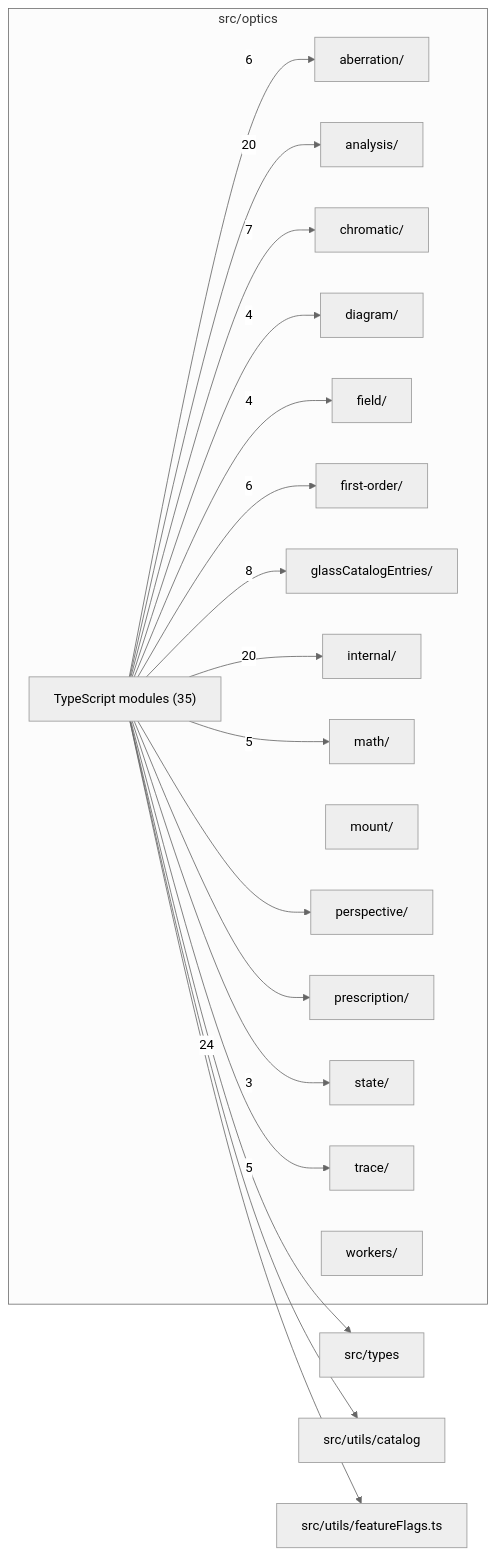
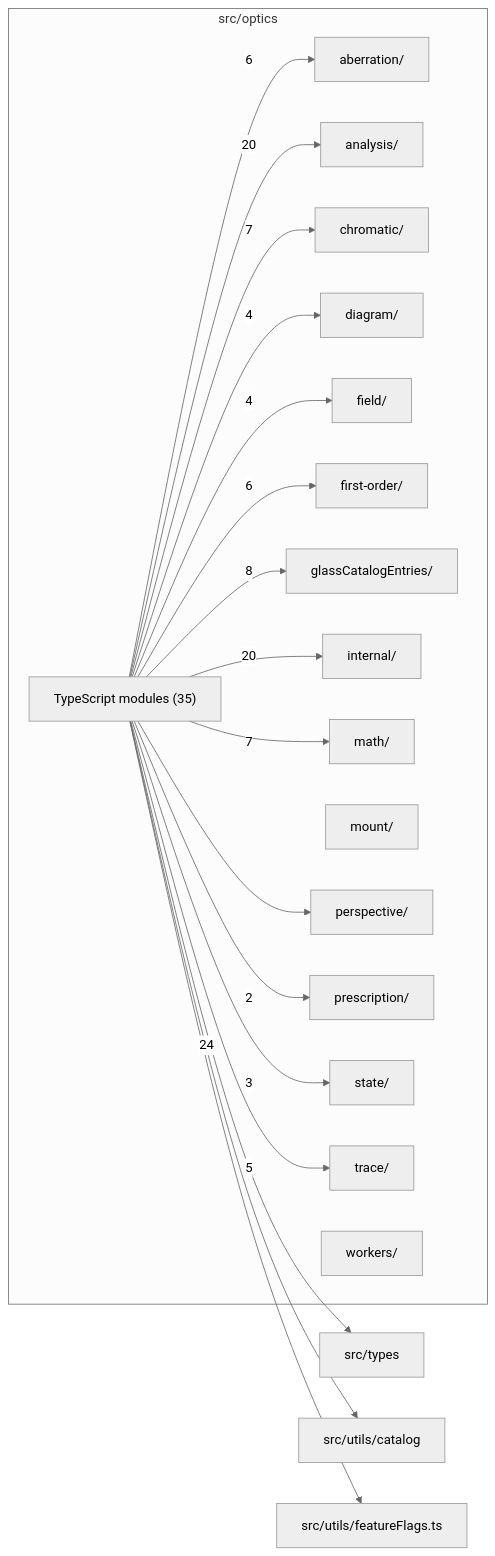
One commit to ronbuening/LensVisualizer changed the diagram in src/optics/readme.md. Above: the diagram before and after it, drawn with Mermaid (neutral theme). The commit also changed other lines of this file and 18 other files, not shown here.

````diff
--- a/src/optics/readme.md
+++ b/src/optics/readme.md
@@ -9,40 +9,40 @@
 ```mermaid
 flowchart LR
   subgraph n_src_optics["src/optics"]
     n_src_optics_src_optics_aberration["aberration/"]
     n_src_optics_src_optics_analysis["analysis/"]
     n_src_optics_src_optics_chromatic["chromatic/"]
     n_src_optics_src_optics_diagram["diagram/"]
     n_src_optics_src_optics_field["field/"]
     n_src_optics_src_optics_first_order["first-order/"]
     n_src_optics_src_optics_glassCatalogEntries["glassCatalogEntries/"]
     n_src_optics_src_optics_internal["internal/"]
     n_src_optics_src_optics_math["math/"]
     n_src_optics_src_optics_mount["mount/"]
     n_src_optics_src_optics_perspective["perspective/"]
     n_src_optics_src_optics_prescription["prescription/"]
     n_src_optics_src_optics_state["state/"]
     n_src_optics_src_optics_trace["trace/"]
     n_src_optics_src_optics_workers["workers/"]
     n_src_optics_TypeScript_modules["TypeScript modules (35)"]
   end
   n_external_src_types["src/types"]
   n_external_src_utils_catalog["src/utils/catalog"]
   n_external_src_utils_featureFlags_ts["src/utils/featureFlags.ts"]
   n_src_optics_TypeScript_modules --> |24| n_external_src_types
   n_src_optics_TypeScript_modules --> |20| n_src_optics_src_optics_analysis
   n_src_optics_TypeScript_modules --> |20| n_src_optics_src_optics_internal
   n_src_optics_TypeScript_modules --> |8| n_src_optics_src_optics_glassCatalogEntries
   n_src_optics_TypeScript_modules --> |7| n_src_optics_src_optics_chromatic
+  n_src_optics_TypeScript_modules --> |7| n_src_optics_src_optics_math
   n_src_optics_TypeScript_modules --> |6| n_src_optics_src_optics_aberration
   n_src_optics_TypeScript_modules --> |6| n_src_optics_src_optics_first_order
-  n_src_optics_TypeScript_modules --> |5| n_src_optics_src_optics_math
   n_src_optics_TypeScript_modules --> |5| n_src_optics_src_optics_trace
   n_src_optics_TypeScript_modules --> |4| n_src_optics_src_optics_diagram
   n_src_optics_TypeScript_modules --> |4| n_src_optics_src_optics_field
   n_src_optics_TypeScript_modules --> |3| n_src_optics_src_optics_state
+  n_src_optics_TypeScript_modules --> |2| n_src_optics_src_optics_prescription
   n_src_optics_TypeScript_modules --> n_external_src_utils_catalog
   n_src_optics_TypeScript_modules --> n_external_src_utils_featureFlags_ts
   n_src_optics_TypeScript_modules --> n_src_optics_src_optics_perspective
-  n_src_optics_TypeScript_modules --> n_src_optics_src_optics_prescription
 ```
````
